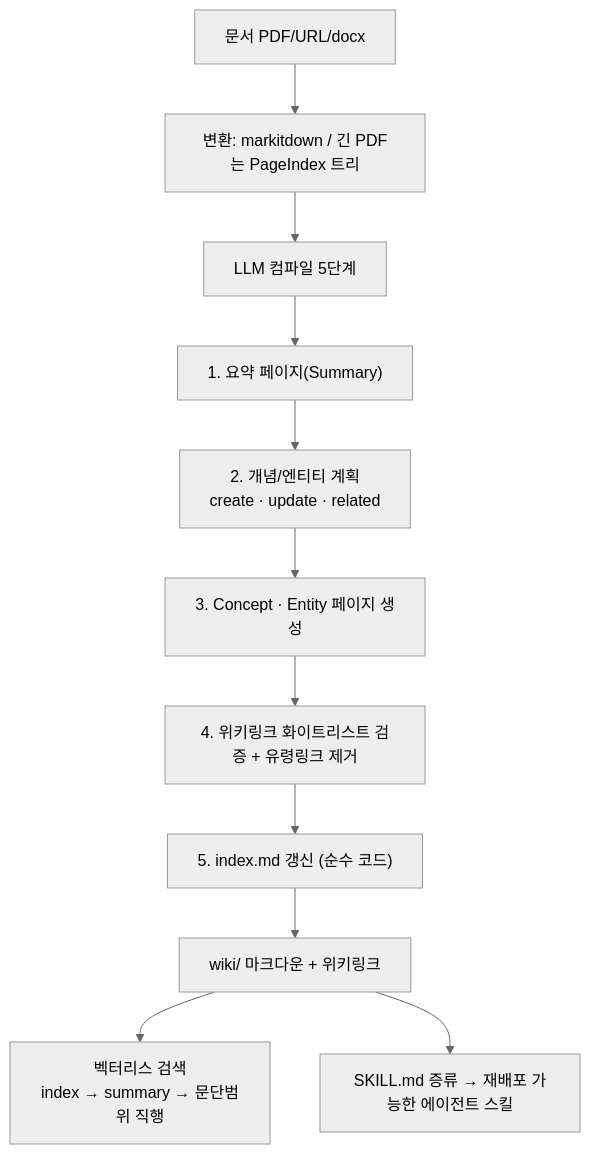
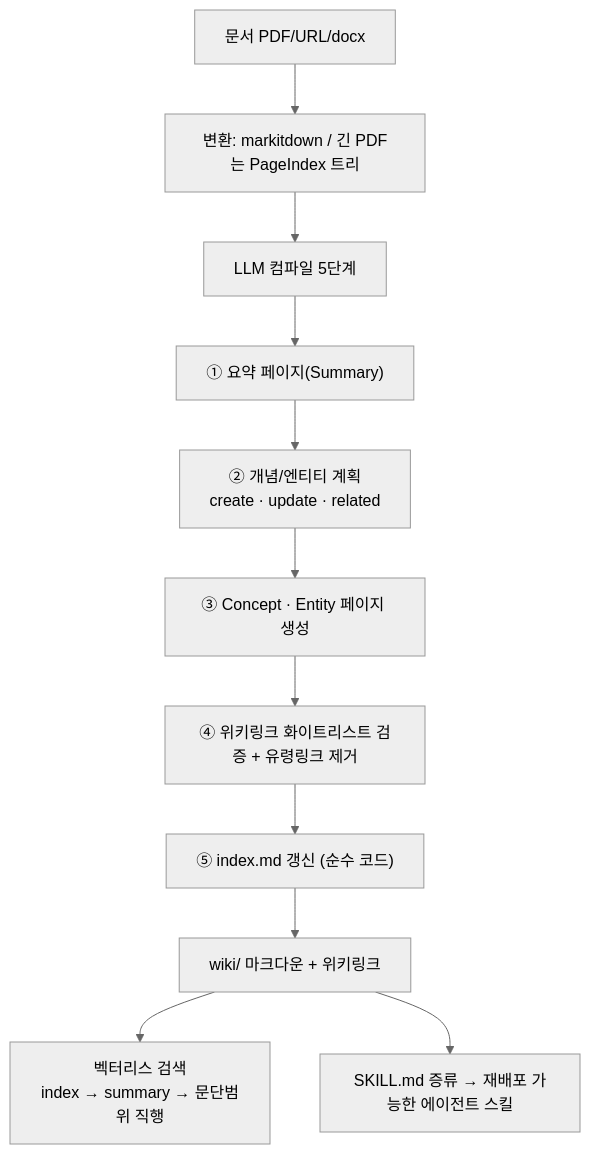
The third of 11 diagrams in content/reading/llm-wiki-three-repos-and-precise-citation-kb.md (DBhyeong/DBhyeong.github.io), drawn with Mermaid (neutral theme) before and after one commit. The commit also changed other lines of this file and 9 other files, not shown here.

First line of the commit message:
blog: 어제자 3편 발행 + 옛글 mermaid 렌더깨짐 34건 일괄 수정

````diff
--- a/content/reading/llm-wiki-three-repos-and-precise-citation-kb.md
+++ b/content/reading/llm-wiki-three-repos-and-precise-citation-kb.md
@@ -101,13 +101,13 @@
 ```mermaid
 flowchart TD
     A["문서 PDF/URL/docx"] --> B["변환: markitdown / 긴 PDF는 PageIndex 트리"]
     B --> C["LLM 컴파일 5단계"]
-    C --> C1["1. 요약 페이지(Summary)"]
-    C1 --> C2["2. 개념/엔티티 계획<br/>create · update · related"]
-    C2 --> C3["3. Concept · Entity 페이지 생성"]
-    C3 --> C4["4. 위키링크 화이트리스트 검증 + 유령링크 제거"]
-    C4 --> C5["5. index.md 갱신 (순수 코드)"]
+    C --> C1["① 요약 페이지(Summary)"]
+    C1 --> C2["② 개념/엔티티 계획<br/>create · update · related"]
+    C2 --> C3["③ Concept · Entity 페이지 생성"]
+    C3 --> C4["④ 위키링크 화이트리스트 검증 + 유령링크 제거"]
+    C4 --> C5["⑤ index.md 갱신 (순수 코드)"]
     C5 --> D["wiki/ 마크다운 + 위키링크"]
     D --> E["벡터리스 검색<br/>index → summary → 문단범위 직행"]
     D --> F["SKILL.md 증류 → 재배포 가능한 에이전트 스킬"]
 ```
````
